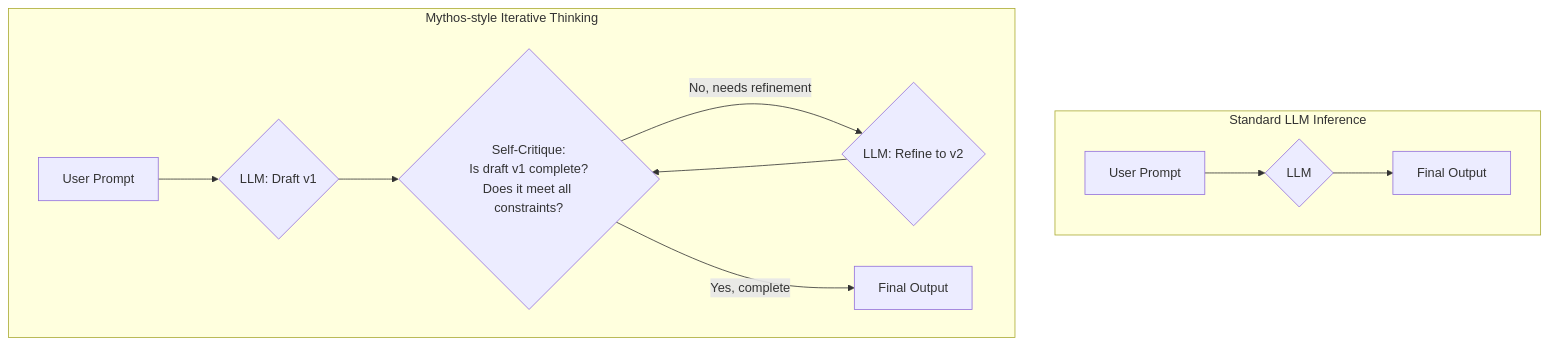
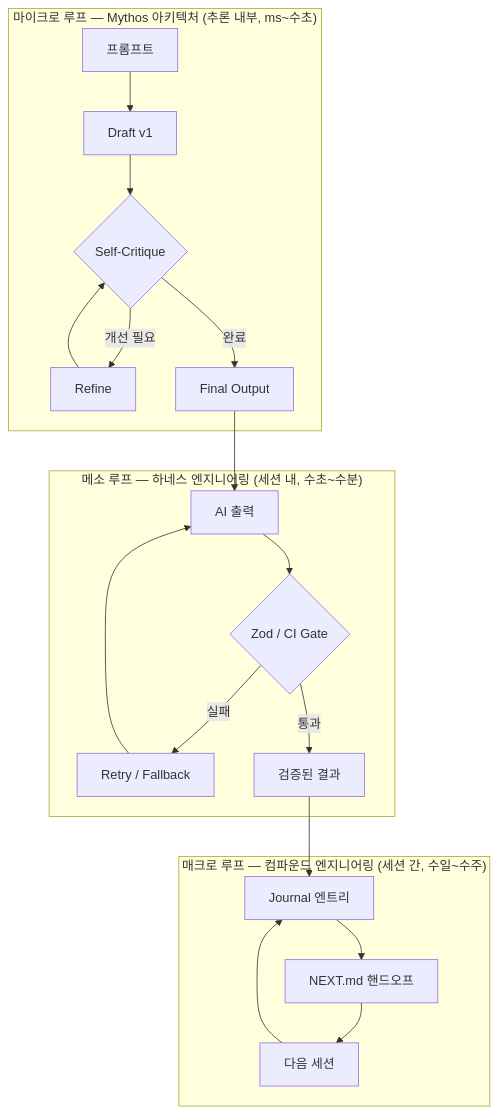
Before and after one commit to Mino777/ai-study: the first of 2 diagrams in content/harness-engineering/openmythos-architecture-iterative-agent-performance.mdx, drawn with Mermaid. The commit also changed other lines of this file, not shown here.

First line of the commit message:
entry: OpenMythos — 하네스/컴파운드 엔지니어링 비교 관점으로 재작성

````diff
--- a/content/harness-engineering/openmythos-architecture-iterative-agent-performance.mdx
+++ b/content/harness-engineering/openmythos-architecture-iterative-agent-performance.mdx
@@ -70,14 +52,26 @@
 ```mermaid
 graph TD
-    subgraph std ["Standard LLM Inference"]
-        A[User Prompt] --> B{LLM} --> C[Final Output]
+    subgraph macro ["매크로 루프 — 컴파운드 엔지니어링 (세션 간, 수일~수주)"]
+        J[Journal 엔트리] --> N[NEXT.md 핸드오프]
+        N --> S2[다음 세션]
+        S2 --> J
     end
 
-    subgraph mythos ["Mythos-style Iterative Thinking"]
-        D[User Prompt] --> E{LLM: Draft v1}
-        E --> F{"Self-Critique:\nIs draft v1 complete?\nDoes it meet all constraints?"}
-        F -- "No, needs refinement" --> G{LLM: Refine to v2}
-        G --> F
-        F -- "Yes, complete" --> H[Final Output]
+    subgraph meso ["메소 루프 — 하네스 엔지니어링 (세션 내, 수초~수분)"]
+        AI[AI 출력] --> V{Zod / CI Gate}
+        V -- 실패 --> RT[Retry / Fallback]
+        RT --> AI
+        V -- 통과 --> OUT[검증된 결과]
     end
+
+    subgraph micro ["마이크로 루프 — Mythos 아키텍처 (추론 내부, ms~수초)"]
+        P[프롬프트] --> D[Draft v1]
+        D --> C{Self-Critique}
+        C -- 개선 필요 --> R[Refine]
+        R --> C
+        C -- 완료 --> F[Final Output]
+    end
+
+    F --> AI
+    OUT --> J
 ```
````
